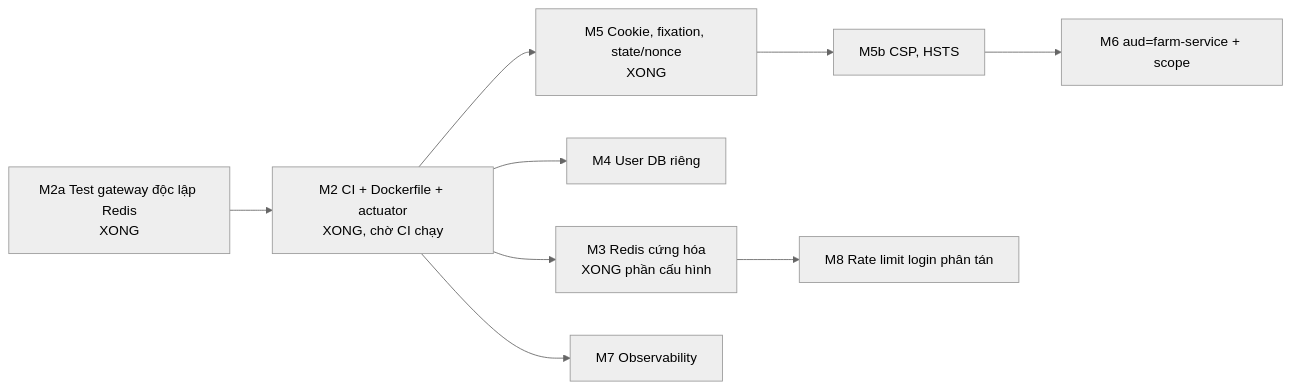
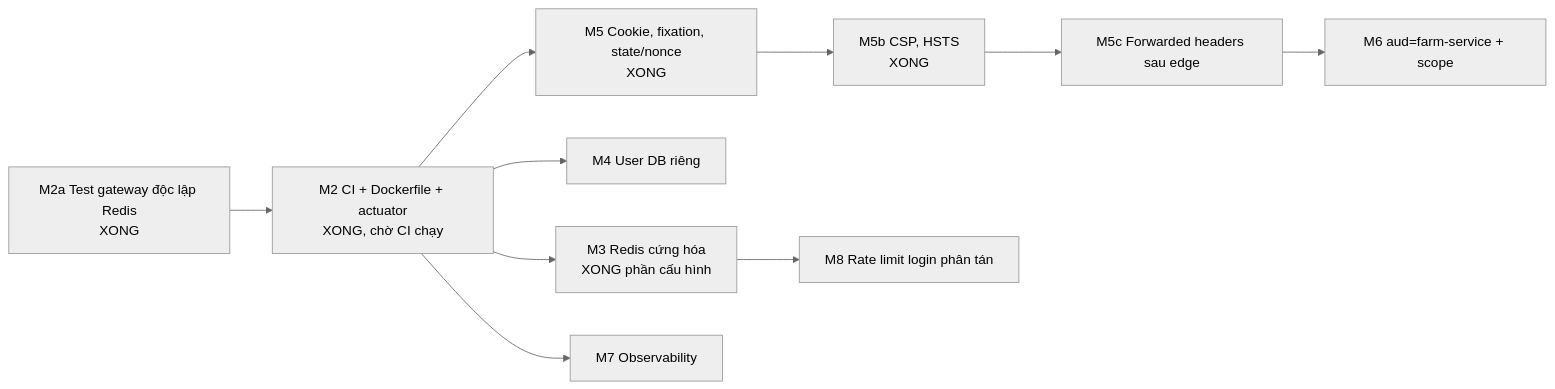
One commit to hatrongvu13/smartfarm-platform-maven-starter changed the diagram in docs/architecture/migration-roadmap.md. Above: the diagram before and after it, drawn with Mermaid (neutral theme). The commit also changed other lines of this file and 11 other files, not shown here.

First line of the commit message:
feat(gateway): security headers - CSP per profile, HSTS behind edge TLS (M5b)

````diff
--- a/docs/architecture/migration-roadmap.md
+++ b/docs/architecture/migration-roadmap.md
@@ -5,10 +5,10 @@
 ```mermaid
 flowchart LR
     M2a[M2a Test gateway độc lập Redis<br/>XONG] --> M2[M2 CI + Dockerfile + actuator<br/>XONG, chờ CI chạy]
     M2 --> M3[M3 Redis cứng hóa<br/>XONG phần cấu hình]
     M2 --> M4[M4 User DB riêng]
-    M2 --> M5[M5 Cookie, fixation, state/nonce<br/>XONG] --> M5b[M5b CSP, HSTS]
-    M5b --> M6[M6 aud=farm-service + scope]
+    M2 --> M5[M5 Cookie, fixation, state/nonce<br/>XONG] --> M5b[M5b CSP, HSTS<br/>XONG] --> M5c[M5c Forwarded headers sau edge]
+    M5c --> M6[M6 aud=farm-service + scope]
     M2 --> M7[M7 Observability]
     M3 --> M8[M8 Rate limit login phân tán]
 ```
````
